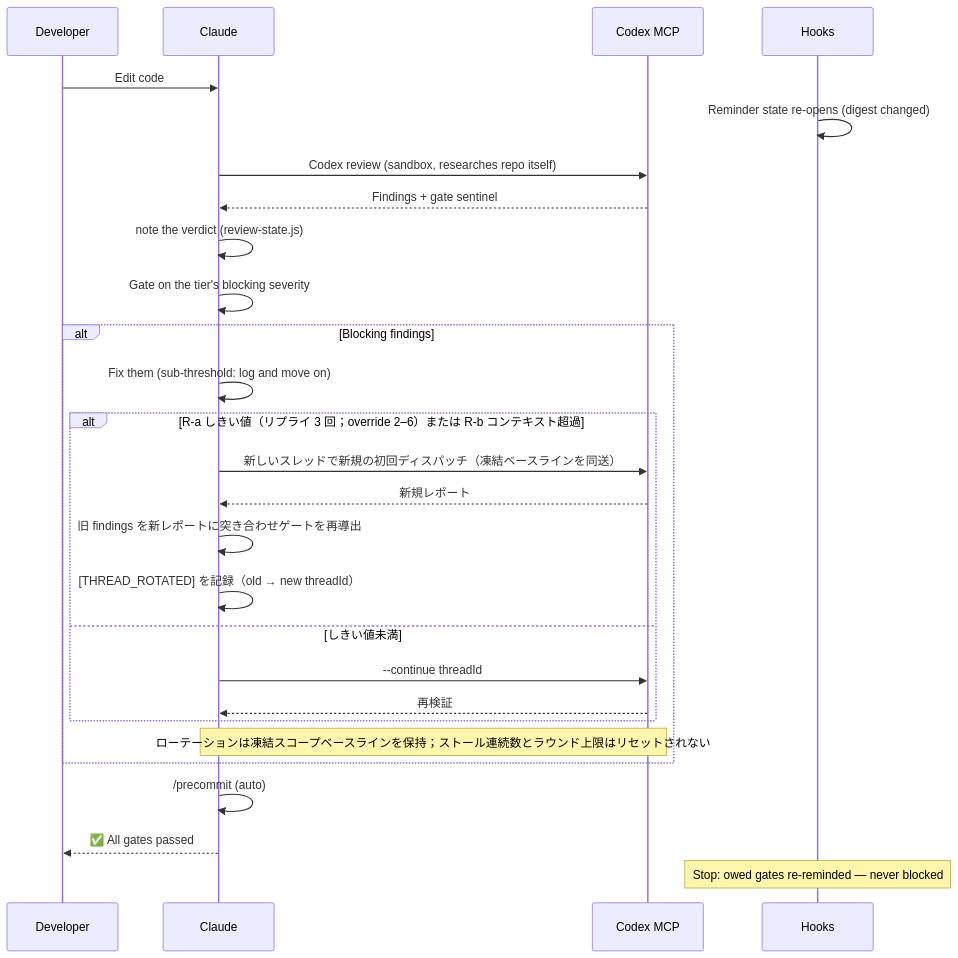
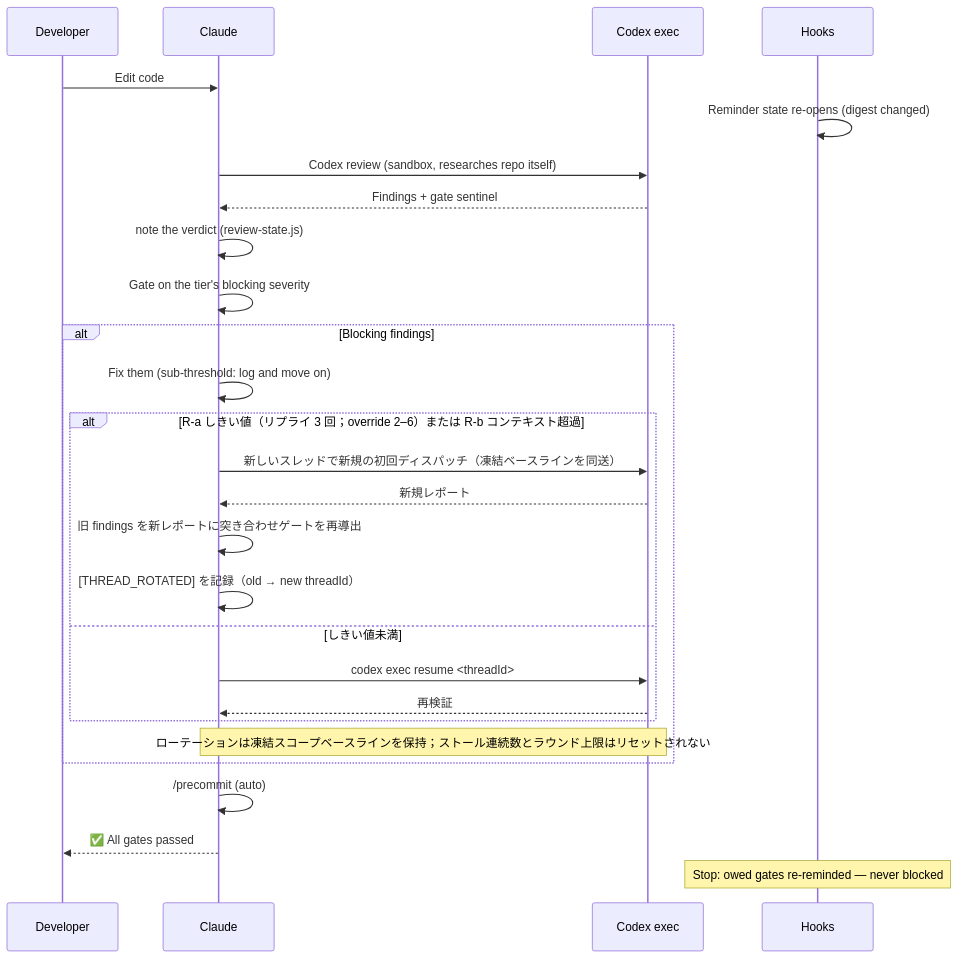
One commit to sd0xdev/sd0x-dev-flow changed the second of 3 diagrams in README.ja.md. Above: the diagram before and after it, drawn with Mermaid. The commit also changed other lines of this file and 10 other files, not shown here.

First line of the commit message:
docs(readme): Sweep READMEs and the skill catalog for the codex exec setup

````diff
--- a/README.ja.md
+++ b/README.ja.md
@@ -149,33 +170,33 @@
 ```mermaid
 sequenceDiagram
     participant D as Developer
     participant C as Claude
-    participant X as Codex MCP
+    participant X as Codex exec
     participant H as Hooks
 
     D->>C: Edit code
     H->>H: Reminder state re-opens (digest changed)
     C->>X: Codex review (sandbox, researches repo itself)
     X-->>C: Findings + gate sentinel
     C->>C: note the verdict (review-state.js)
     C->>C: Gate on the tier's blocking severity
 
     alt Blocking findings
         C->>C: Fix them (sub-threshold: log and move on)
         alt R-a しきい値（リプライ 3 回；override 2–6）または R-b コンテキスト超過
             C->>X: 新しいスレッドで新規の初回ディスパッチ（凍結ベースラインを同送）
             X-->>C: 新規レポート
             C->>C: 旧 findings を新レポートに突き合わせゲートを再導出
             C->>C: [THREAD_ROTATED] を記録（old → new threadId）
         else しきい値未満
-            C->>X: --continue threadId
+            C->>X: codex exec resume <threadId>
             X-->>C: 再検証
         end
         Note over C,X: ローテーションは凍結スコープベースラインを保持；ストール連続数とラウンド上限はリセットされない
     end
 
     C->>C: /precommit (auto)
     C-->>D: ✅ All gates passed
 
     Note over H: Stop: owed gates re-reminded — never blocked
 ```
````
